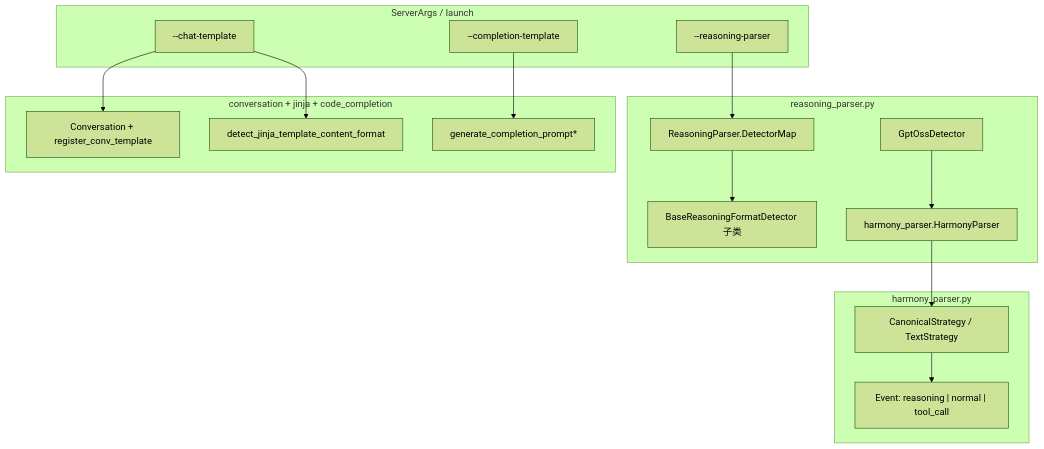
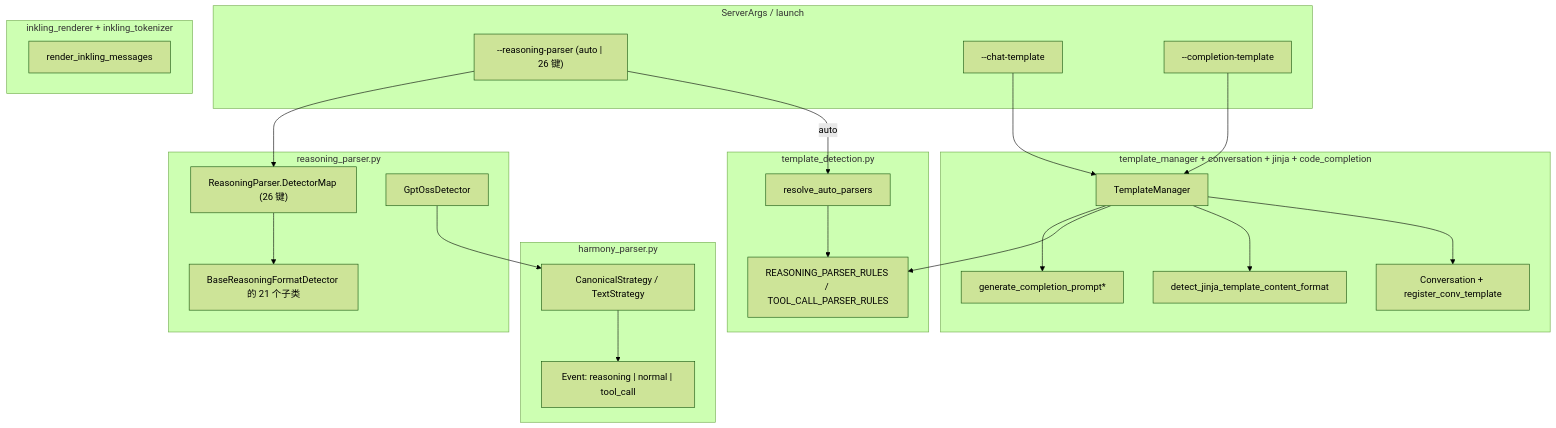
The diagram in sglang/modules/parser.md (learning-sketch/wiki), drawn with Mermaid (forest theme) before and after one commit. The commit also changed other lines of this file and 8 other files, not shown here.

````diff
--- a/sglang/modules/parser.md
+++ b/sglang/modules/parser.md
@@ -48,28 +50,37 @@
 ```mermaid
 flowchart TB
     subgraph cli["ServerArgs / launch"]
-        RP["--reasoning-parser"]
+        RP["--reasoning-parser (auto | 26 键)"]
         CT["--chat-template"]
         CPT["--completion-template"]
     end
+    subgraph autodet["template_detection.py"]
+        RA["resolve_auto_parsers"]
+        RULES["REASONING_PARSER_RULES / TOOL_CALL_PARSER_RULES"]
+    end
     subgraph det["reasoning_parser.py"]
-        RM["ReasoningParser.DetectorMap"]
-        D["BaseReasoningFormatDetector 子类"]
+        RM["ReasoningParser.DetectorMap (26 键)"]
+        D["BaseReasoningFormatDetector 的 21 个子类"]
         GO["GptOssDetector"]
-        HP["harmony_parser.HarmonyParser"]
     end
     subgraph harm["harmony_parser.py"]
         CS["CanonicalStrategy / TextStrategy"]
         EV["Event: reasoning | normal | tool_call"]
     end
-    subgraph tmpl["conversation + jinja + code_completion"]
+    subgraph tmpl["template_manager + conversation + jinja + code_completion"]
+        TM["TemplateManager"]
         CV["Conversation + register_conv_template"]
         JU["detect_jinja_template_content_format"]
         FIM["generate_completion_prompt*"]
     end
+    subgraph ink["inkling_renderer + inkling_tokenizer"]
+        IR["render_inkling_messages"]
+    end
+    RP -- "auto" --> RA --> RULES
     RP --> RM --> D
-    GO --> HP --> CS --> EV
-    CT --> CV
-    CT --> JU
-    CPT --> FIM
+    GO --> CS --> EV
+    CT --> TM --> CV
+    TM --> JU
+    TM --> RULES
+    CPT --> TM --> FIM
 ```
````
